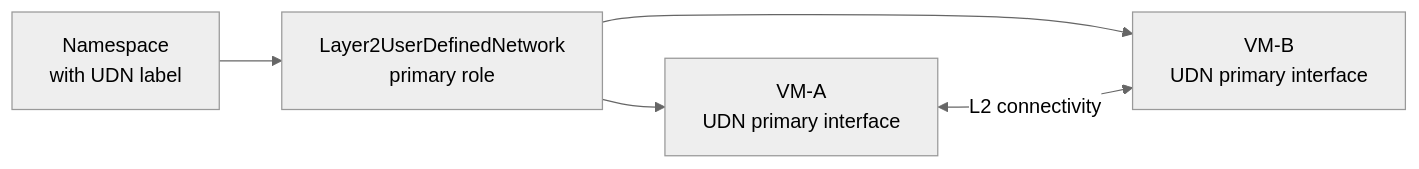
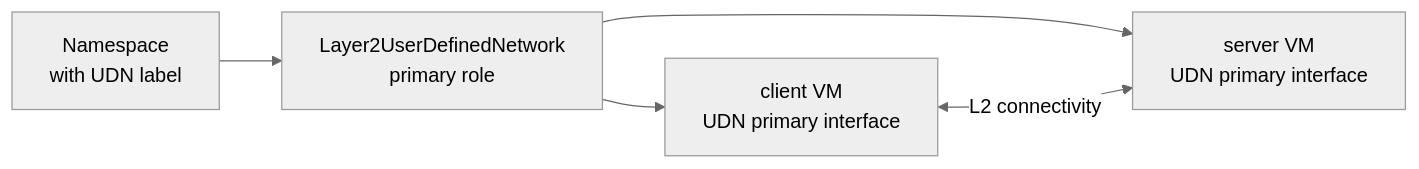
Before and after one commit to rnetser/openshift-virtualization-tests: the second of 2 diagrams in docs/flows/UDN.md, drawn with Mermaid (neutral theme). The commit also changed 6 other files, not shown here.

First line of the commit message:
docs: address review findings in flow diagrams

````diff
--- a/docs/flows/UDN.md
+++ b/docs/flows/UDN.md
@@ -31,7 +31,7 @@
 ```mermaid
 flowchart LR
     NS[Namespace<br>with UDN label] --> UDN[Layer2UserDefinedNetwork<br>primary role]
-    UDN --> VM1[VM-A<br>UDN primary interface]
-    UDN --> VM2[VM-B<br>UDN primary interface]
+    UDN --> VM1[client VM<br>UDN primary interface]
+    UDN --> VM2[server VM<br>UDN primary interface]
     VM1 <-->|L2 connectivity| VM2
 ```
````
